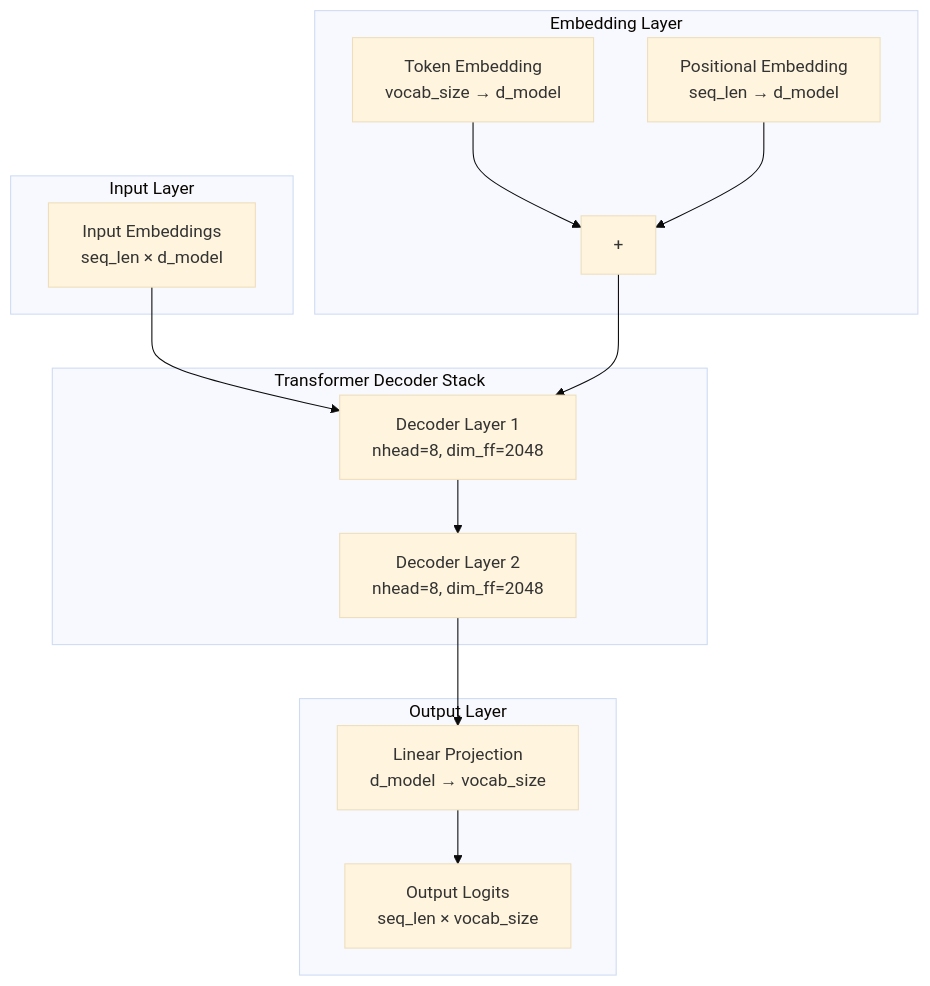
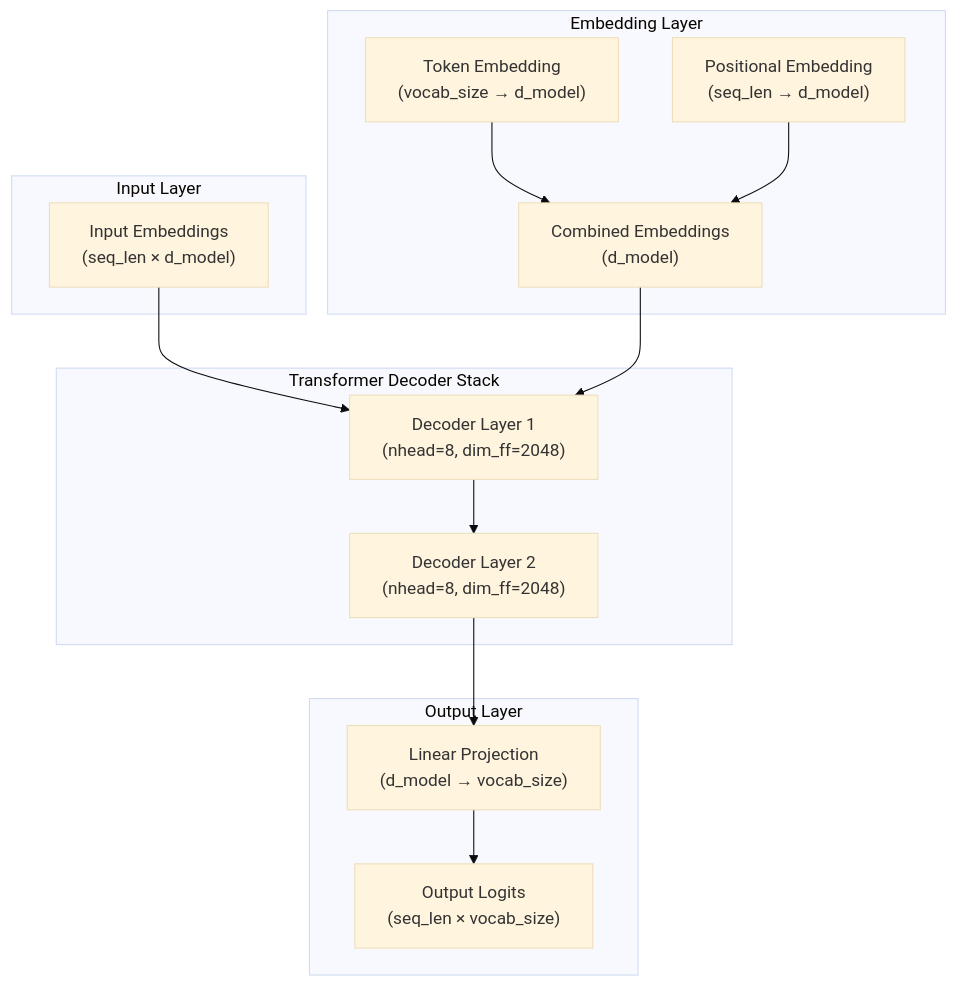
One commit to SentiChain/aparecium changed the diagram in README.md. Above: the diagram before and after it, drawn with Mermaid (base theme). The commit also changed other lines of this file, not shown here.

Commit message:
Solve mermaid rendering issue

````diff
--- a/README.md
+++ b/README.md
@@ -30,30 +30,30 @@
 ```mermaid
 graph TB
-    subgraph InputLayer[Input Layer]
-        Input[Input Embeddings<br/>seq_len × d_model]
+    subgraph InputLayer["Input Layer"]
+        Input["Input Embeddings\n(seq_len × d_model)"]
     end
 
-    subgraph EmbeddingLayer[Embedding Layer]
-        TokenEmb[Token Embedding<br/>vocab_size → d_model]
-        PosEmb[Positional Embedding<br/>seq_len → d_model]
-        Add[+]
-        TokenEmb --> Add
-        PosEmb --> Add
+    subgraph EmbeddingLayer["Embedding Layer"]
+        TokenEmb["Token Embedding\n(vocab_size → d_model)"]
+        PosEmb["Positional Embedding\n(seq_len → d_model)"]
+        Combined["Combined Embeddings\n(d_model)"]
+        TokenEmb --> Combined
+        PosEmb --> Combined
     end
 
-    subgraph DecoderStack[Transformer Decoder Stack]
-        Dec1[Decoder Layer 1<br/>nhead=8, dim_ff=2048]
-        Dec2[Decoder Layer 2<br/>nhead=8, dim_ff=2048]
+    subgraph DecoderStack["Transformer Decoder Stack"]
+        Dec1["Decoder Layer 1\n(nhead=8, dim_ff=2048)"]
+        Dec2["Decoder Layer 2\n(nhead=8, dim_ff=2048)"]
         Dec1 --> Dec2
     end
 
-    subgraph OutputLayer[Output Layer]
-        FC[Linear Projection<br/>d_model → vocab_size]
-        Output[Output Logits<br/>seq_len × vocab_size]
+    subgraph OutputLayer["Output Layer"]
+        FC["Linear Projection\n(d_model → vocab_size)"]
+        Output["Output Logits\n(seq_len × vocab_size)"]
         FC --> Output
     end
 
     Input --> Dec1
-    Add --> Dec1
+    Combined --> Dec1
     Dec2 --> FC
 ```
````
